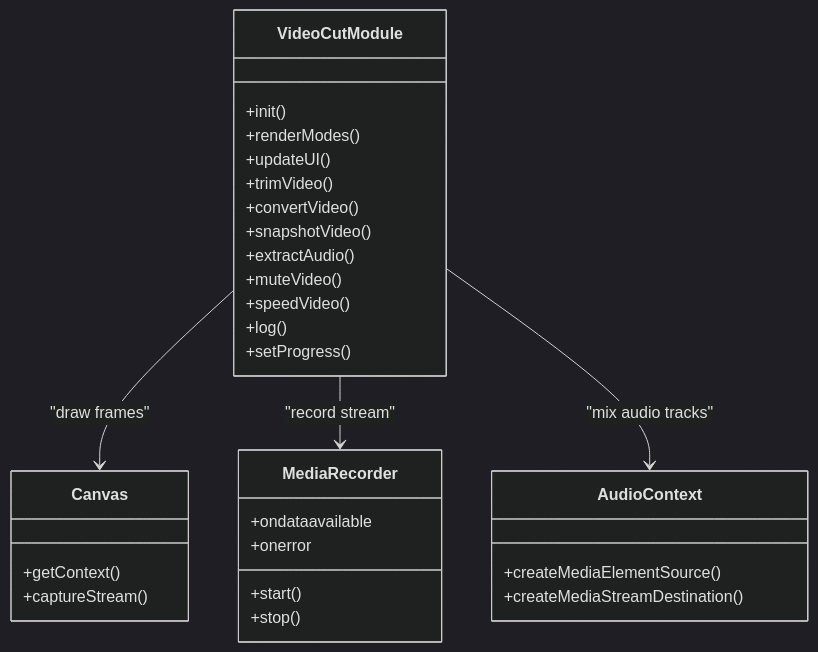
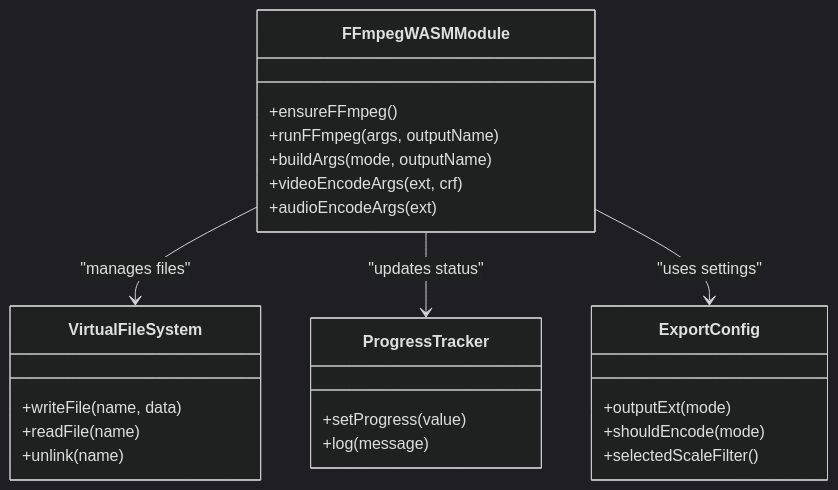
The fifth of 7 diagrams in .qoder/repowiki/en/content/Video Processing Tools/Video Cutting and Trimming.md (treasureGrove/TAWEBTOOL), drawn with Mermaid (dark theme) before and after one commit. The commit also changed other lines of this file and 101 other files, not shown here.

````diff
--- a/.qoder/repowiki/en/content/Video Processing Tools/Video Cutting and Trimming.md
+++ b/.qoder/repowiki/en/content/Video Processing Tools/Video Cutting and Trimming.md
@@ -212,33 +214,27 @@
 ```mermaid
 classDiagram
-class VideoCutModule {
-+init()
-+renderModes()
-+updateUI()
-+trimVideo()
-+convertVideo()
-+snapshotVideo()
-+extractAudio()
-+muteVideo()
-+speedVideo()
-+log()
-+setProgress()
+class FFmpegWASMModule {
++ensureFFmpeg()
++runFFmpeg(args, outputName)
++buildArgs(mode, outputName)
++videoEncodeArgs(ext, crf)
++audioEncodeArgs(ext)
 }
-class Canvas {
-+getContext()
-+captureStream()
+class VirtualFileSystem {
++writeFile(name, data)
++readFile(name)
++unlink(name)
 }
-class MediaRecorder {
-+start()
-+stop()
-+ondataavailable
-+onerror
+class ProgressTracker {
++setProgress(value)
++log(message)
 }
-class AudioContext {
-+createMediaElementSource()
-+createMediaStreamDestination()
+class ExportConfig {
++outputExt(mode)
++shouldEncode(mode)
++selectedScaleFilter()
 }
-VideoCutModule --> Canvas : "draw frames"
-VideoCutModule --> MediaRecorder : "record stream"
-VideoCutModule --> AudioContext : "mix audio tracks"
+FFmpegWASMModule --> VirtualFileSystem : "manages files"
+FFmpegWASMModule --> ProgressTracker : "updates status"
+FFmpegWASMModule --> ExportConfig : "uses settings"
 ```
````
